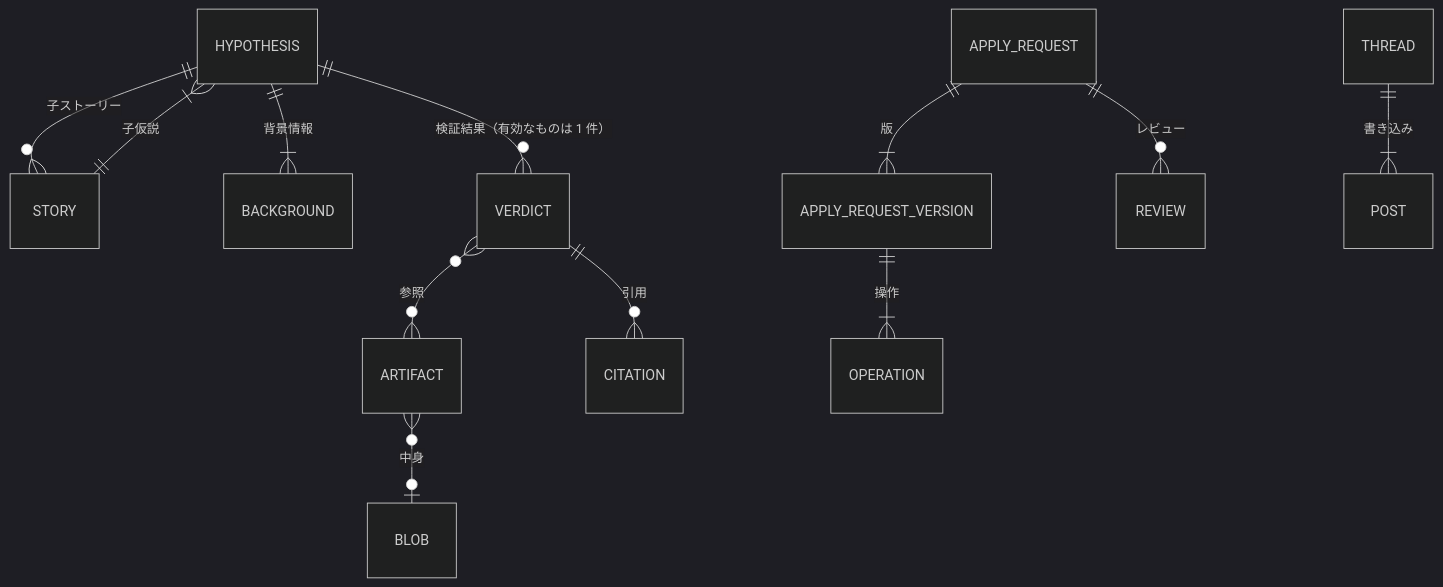
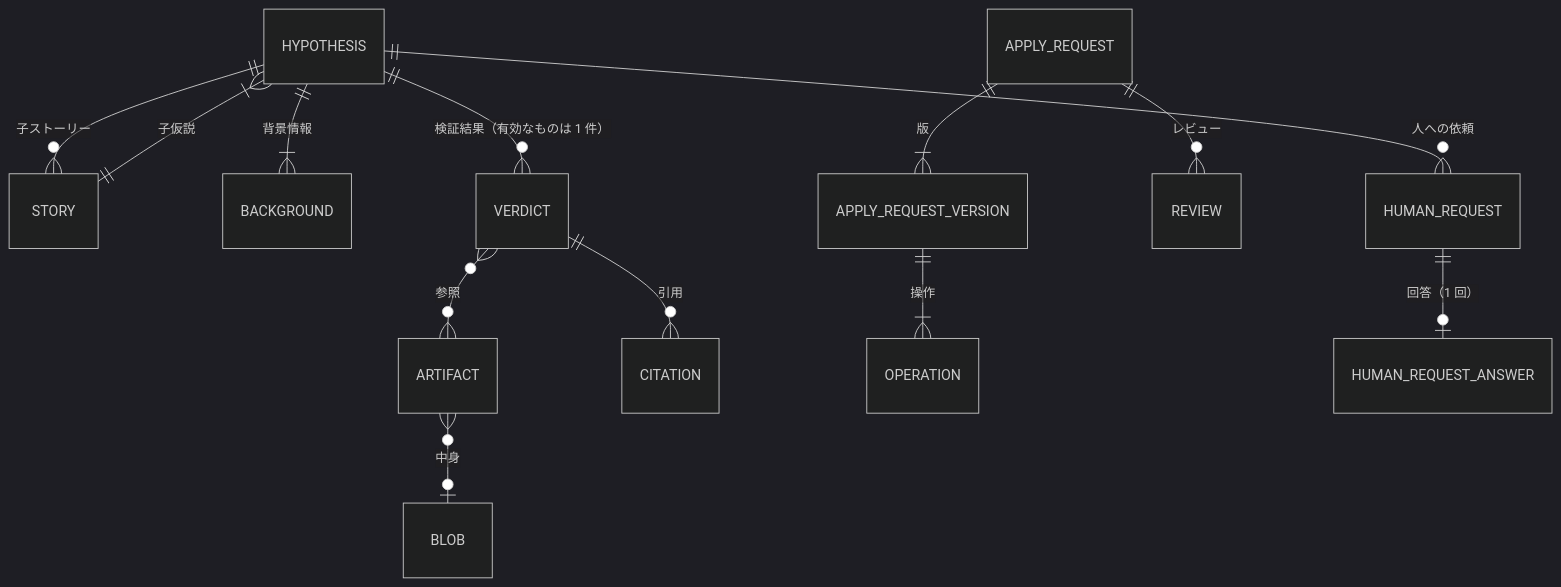
Before and after one commit to yamambainc/logiforge: the diagram in design/data/README.md, drawn with Mermaid (dark theme). The commit also changed other lines of this file and 24 other files, not shown here.

````diff
--- a/design/data/README.md
+++ b/design/data/README.md
@@ -32,14 +32,15 @@
 ```mermaid
 erDiagram
   HYPOTHESIS ||--o{ STORY : "子ストーリー"
   STORY ||--|{ HYPOTHESIS : "子仮説"
   HYPOTHESIS ||--|{ BACKGROUND : "背景情報"
   HYPOTHESIS ||--o{ VERDICT : "検証結果（有効なものは 1 件）"
   VERDICT }o--o{ ARTIFACT : "参照"
   VERDICT ||--o{ CITATION : "引用"
   APPLY_REQUEST ||--|{ APPLY_REQUEST_VERSION : "版"
   APPLY_REQUEST_VERSION ||--|{ OPERATION : "操作"
   APPLY_REQUEST ||--o{ REVIEW : "レビュー"
-  THREAD ||--|{ POST : "書き込み"
+  HYPOTHESIS ||--o{ HUMAN_REQUEST : "人への依頼"
+  HUMAN_REQUEST ||--o| HUMAN_REQUEST_ANSWER : "回答（1 回）"
   ARTIFACT }o--o| BLOB : "中身"
 ```
````
